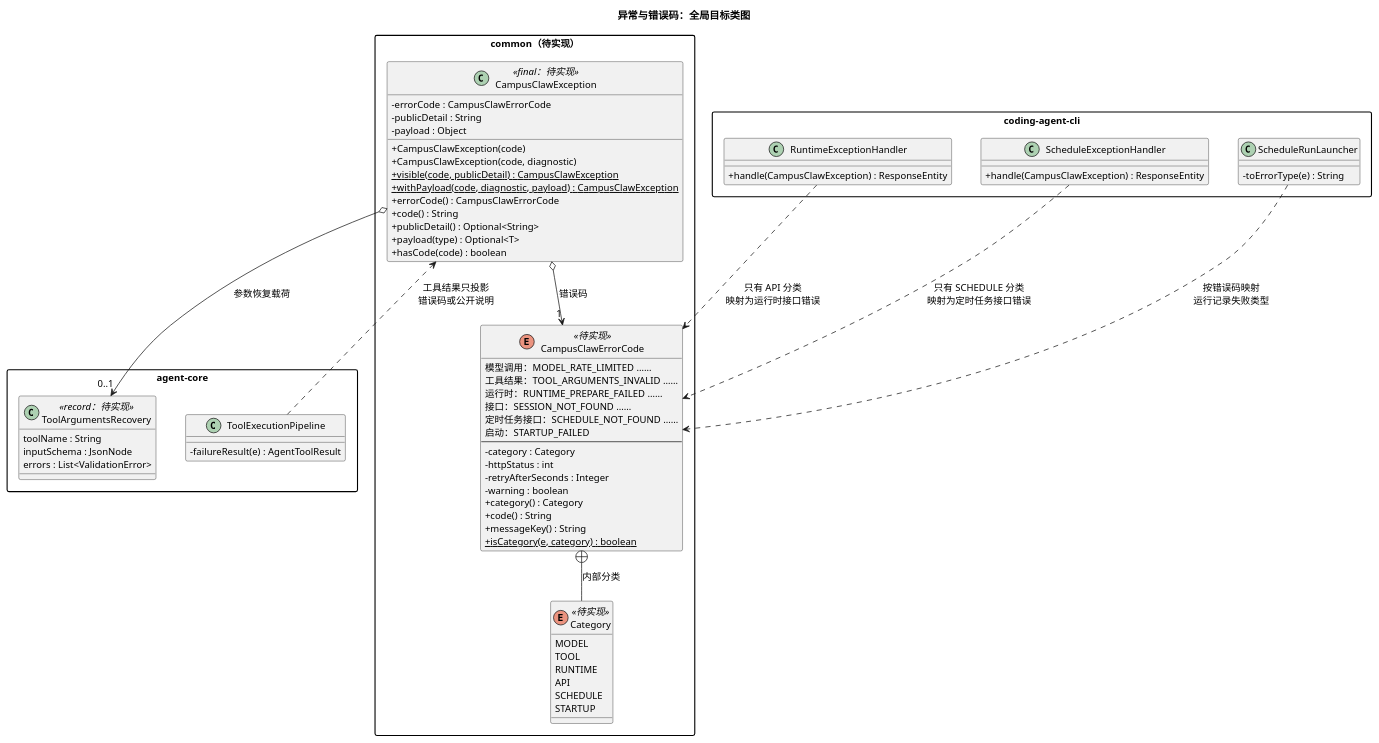
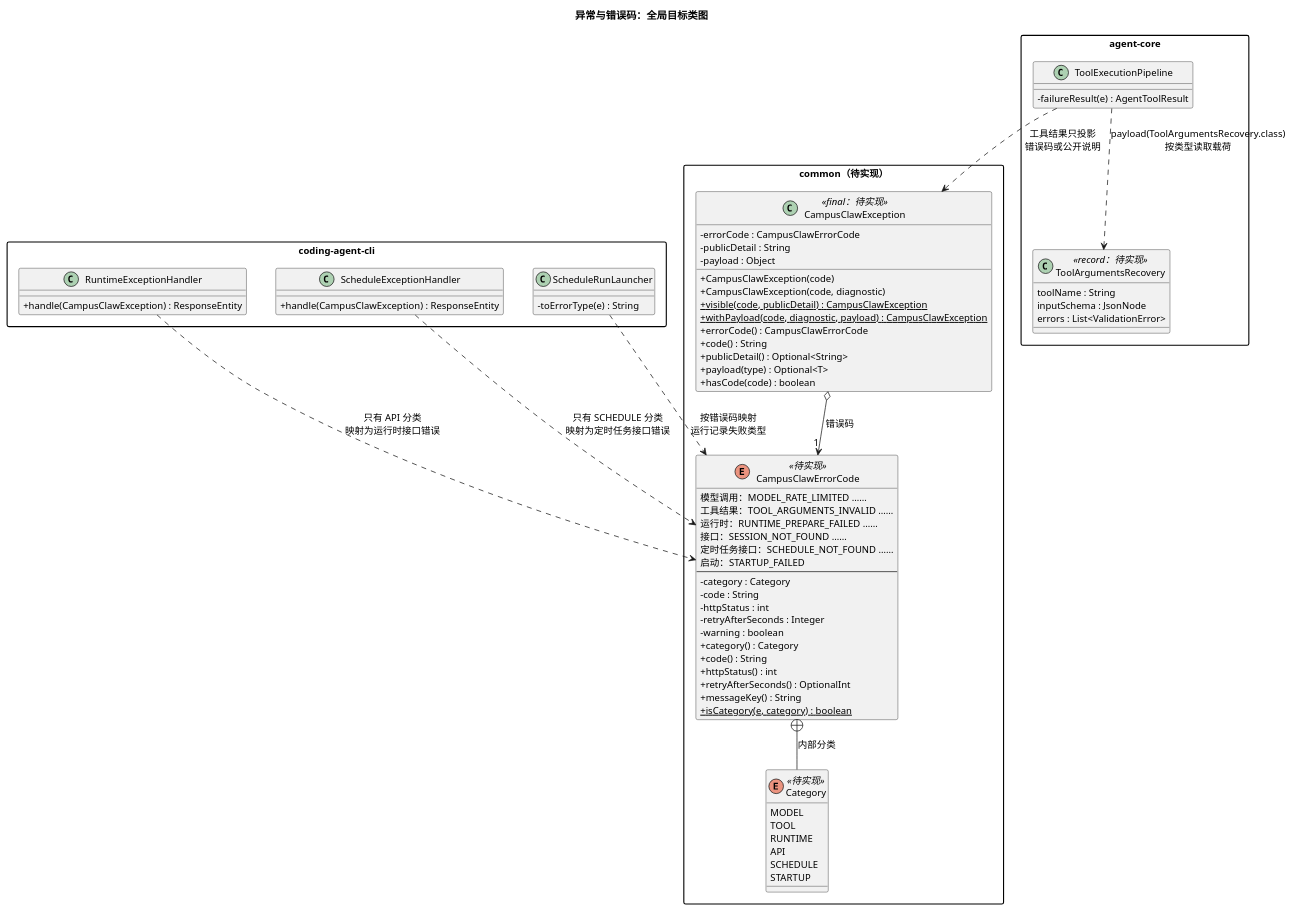
Before and after one commit to ssm0808/pi-mono-java-design: the second of 2 diagrams in 01-总体架构/09-CampusClaw异常与错误码/diagram.puml, drawn with PlantUML. The commit also changed 3 other files, not shown here.

First line of the commit message:
Fix exception class diagram payload direction and enum accessors

```diff
--- a/01-总体架构/09-CampusClaw异常与错误码/diagram.puml
+++ b/01-总体架构/09-CampusClaw异常与错误码/diagram.puml
@@ -31,88 +31,91 @@
 @startuml exception_architecture
 ' Java 基线：1446c58564539eb320fa3c6b495be34e5f985394；2026-10-17 拉取 main。
 ' 源码：modules/agent-core/src/main/java/com/campusclaw/agent/error/StableErrorCode.java（待删除）。
 ' 源码：modules/coding-agent-cli/src/main/java/com/campusclaw/codingagent/runtimeapi/error/RuntimeApiException.java（待删除）。
 ' 源码：modules/coding-agent-cli/src/main/java/com/campusclaw/codingagent/schedule/error/ScheduleApiException.java（待删除）。
 ' 目标：待实现；一个只带错误码的异常类（无 cause、无堆栈、无子类）、一个错误码枚举和四个投影入口。
 ' 依赖方向：common <- ai <- agent-core <- coding-agent-cli，异常类和错误码枚举都放在 common。
 title 异常与错误码：全局目标类图
 skinparam backgroundColor white
 skinparam defaultFontSize 13
 skinparam classAttributeIconSize 0
 skinparam packageStyle rectangle
 skinparam nodesep 40
 skinparam ranksep 50
 
 package "common（待实现）" as CommonPkg {
   class CampusClawException <<final：待实现>> {
     - errorCode : CampusClawErrorCode
     - publicDetail : String
     - payload : Object
     + CampusClawException(code)
     + CampusClawException(code, diagnostic)
     + {static} visible(code, publicDetail) : CampusClawException
     + {static} withPayload(code, diagnostic, payload) : CampusClawException
     + errorCode() : CampusClawErrorCode
     + code() : String
     + publicDetail() : Optional<String>
     + payload(type) : Optional<T>
     + hasCode(code) : boolean
   }
   enum CampusClawErrorCode <<待实现>> {
     模型调用：MODEL_RATE_LIMITED ……
     工具结果：TOOL_ARGUMENTS_INVALID ……
     运行时：RUNTIME_PREPARE_FAILED ……
     接口：SESSION_NOT_FOUND ……
     定时任务接口：SCHEDULE_NOT_FOUND ……
     启动：STARTUP_FAILED
     --
     - category : Category
+    - code : String
     - httpStatus : int
     - retryAfterSeconds : Integer
     - warning : boolean
     + category() : Category
     + code() : String
+    + httpStatus() : int
+    + retryAfterSeconds() : OptionalInt
     + messageKey() : String
     + {static} isCategory(e, category) : boolean
   }
   enum Category <<待实现>> {
     MODEL
     TOOL
     RUNTIME
     API
     SCHEDULE
     STARTUP
   }
 }
 
 package "agent-core" as CorePkg {
   class ToolArgumentsRecovery <<record：待实现>> {
     toolName : String
     inputSchema : JsonNode
     errors : List<ValidationError>
   }
   class ToolExecutionPipeline {
     - failureResult(e) : AgentToolResult
   }
 }
 
 package "coding-agent-cli" as CliPkg {
   class RuntimeExceptionHandler {
     + handle(CampusClawException) : ResponseEntity
   }
   class ScheduleExceptionHandler {
     + handle(CampusClawException) : ResponseEntity
   }
   class ScheduleRunLauncher {
     - toErrorType(e) : String
   }
 }
 
 CampusClawException o--> "1" CampusClawErrorCode : 错误码
 CampusClawErrorCode +-- Category : 内部分类
-CampusClawException o--> "0..1" ToolArgumentsRecovery : 参数恢复载荷
+ToolExecutionPipeline ..> ToolArgumentsRecovery : payload(ToolArgumentsRecovery.class)\n按类型读取载荷
 ToolExecutionPipeline ..> CampusClawException : 工具结果只投影\n错误码或公开说明
 RuntimeExceptionHandler ..> CampusClawErrorCode : 只有 API 分类\n映射为运行时接口错误
 ScheduleExceptionHandler ..> CampusClawErrorCode : 只有 SCHEDULE 分类\n映射为定时任务接口错误
 ScheduleRunLauncher ..> CampusClawErrorCode : 按错误码映射\n运行记录失败类型
 @enduml
```
